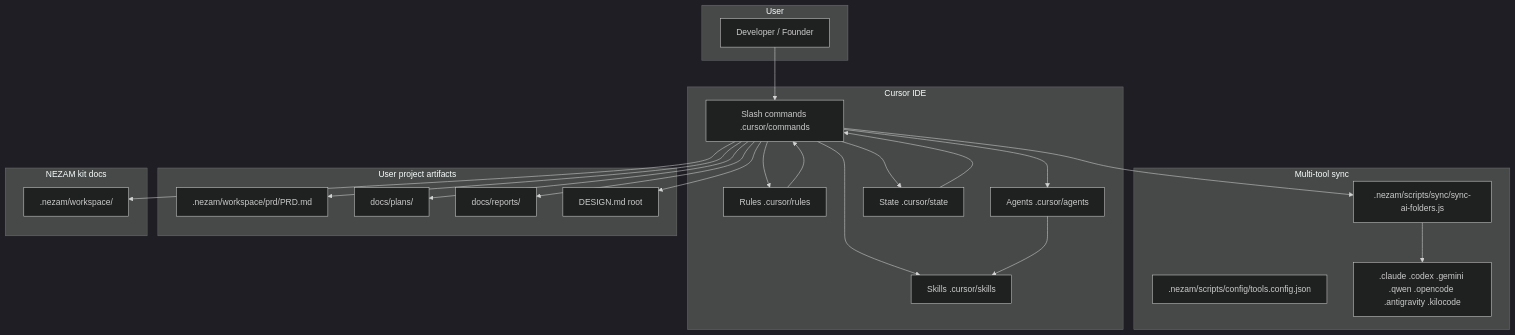
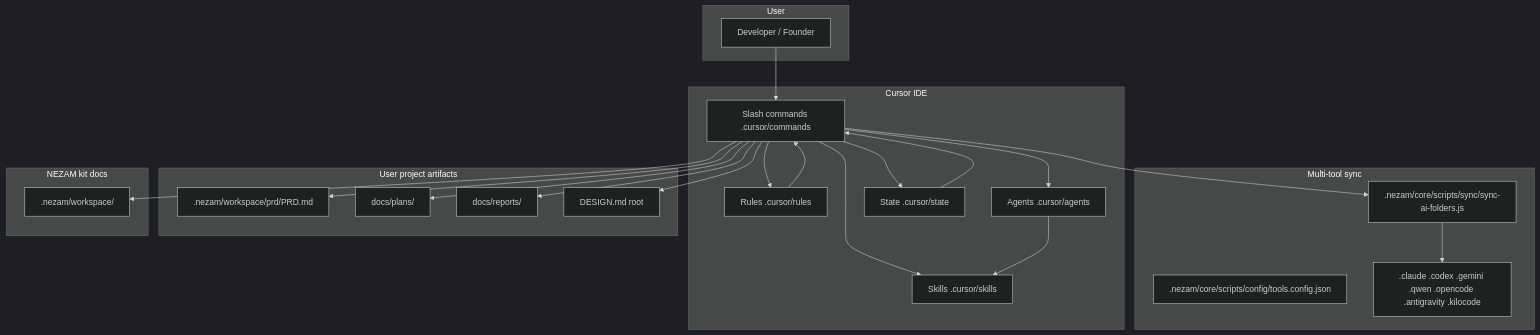
Before and after one commit to iDorgham/Nezam: the diagram in docs/grok.md, drawn with Mermaid (dark theme). The commit also changed other lines of this file and 3 other files, not shown here.

````diff
--- a/docs/grok.md
+++ b/docs/grok.md
@@ -60,47 +60,47 @@
 ```mermaid
 flowchart TB
   subgraph User
     U[Developer / Founder]
   end
 
   subgraph CursorIDE[Cursor IDE]
     CMD[Slash commands .cursor/commands]
     RUL[Rules .cursor/rules]
     AG[Agents .cursor/agents]
     SK[Skills .cursor/skills]
     ST[State .cursor/state]
   end
 
   subgraph Sync[Multi-tool sync]
-    SAF[.nezam/scripts/sync/sync-ai-folders.js]
-    TCFG[.nezam/scripts/config/tools.config.json]
+    SAF[.nezam/core/scripts/sync/sync-ai-folders.js]
+    TCFG[.nezam/core/scripts/config/tools.config.json]
     MIRRORS[.claude .codex .gemini .qwen .opencode .antigravity .kilocode]
   end
 
   subgraph ProjectDocs[User project artifacts]
     PRD[.nezam/workspace/prd/PRD.md]
     PLN[docs/plans/]
     REP[docs/reports/]
     DM[DESIGN.md root]
   end
 
   subgraph NezamDocs[NEZAM kit docs]
     NZ[.nezam/workspace/]
   end
 
   U --> CMD
   CMD --> RUL
   CMD --> AG
   CMD --> SK
   CMD --> ST
   AG --> SK
   RUL --> CMD
   ST --> CMD
   SAF --> MIRRORS
   CMD --> SAF
   CMD --> PRD
   CMD --> PLN
   CMD --> REP
   CMD --> DM
   CMD --> NZ
 ```
````
